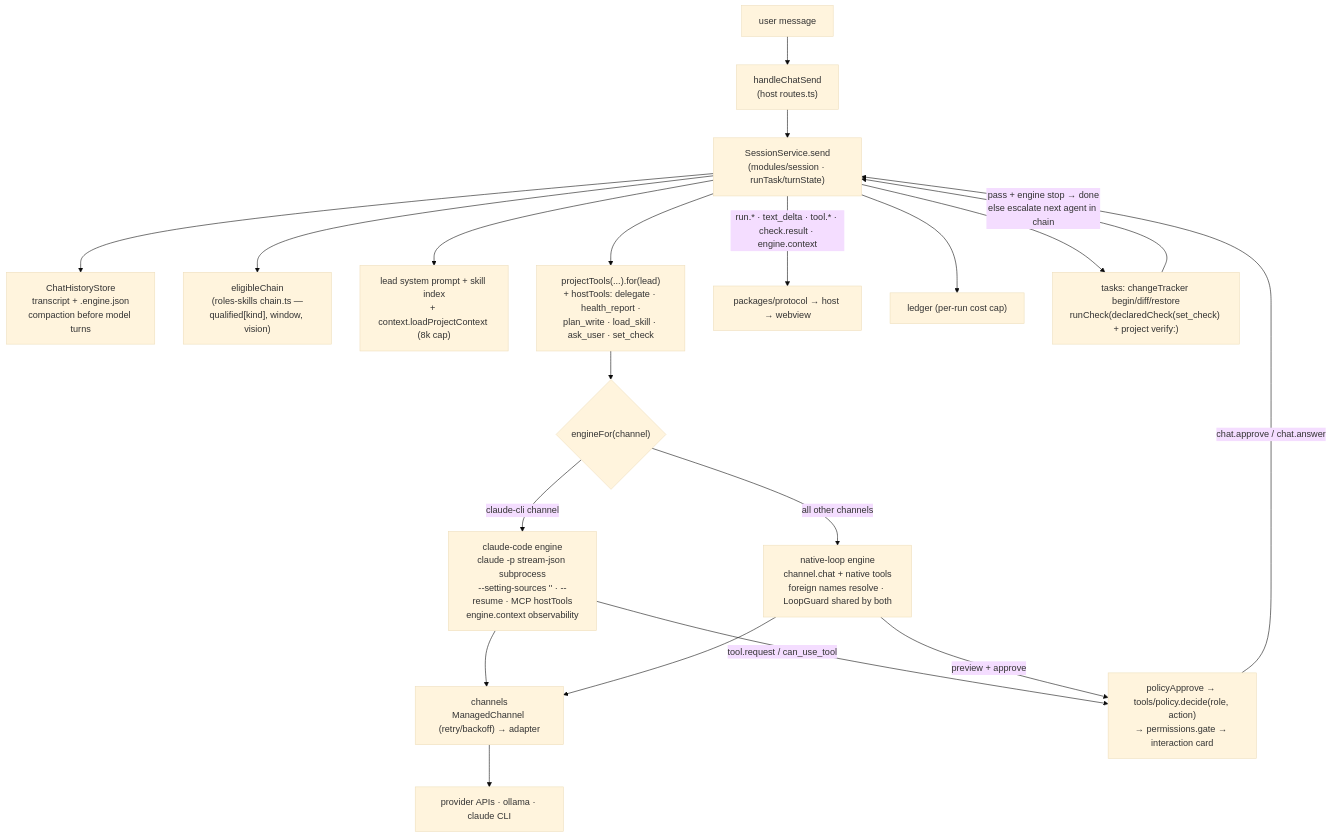
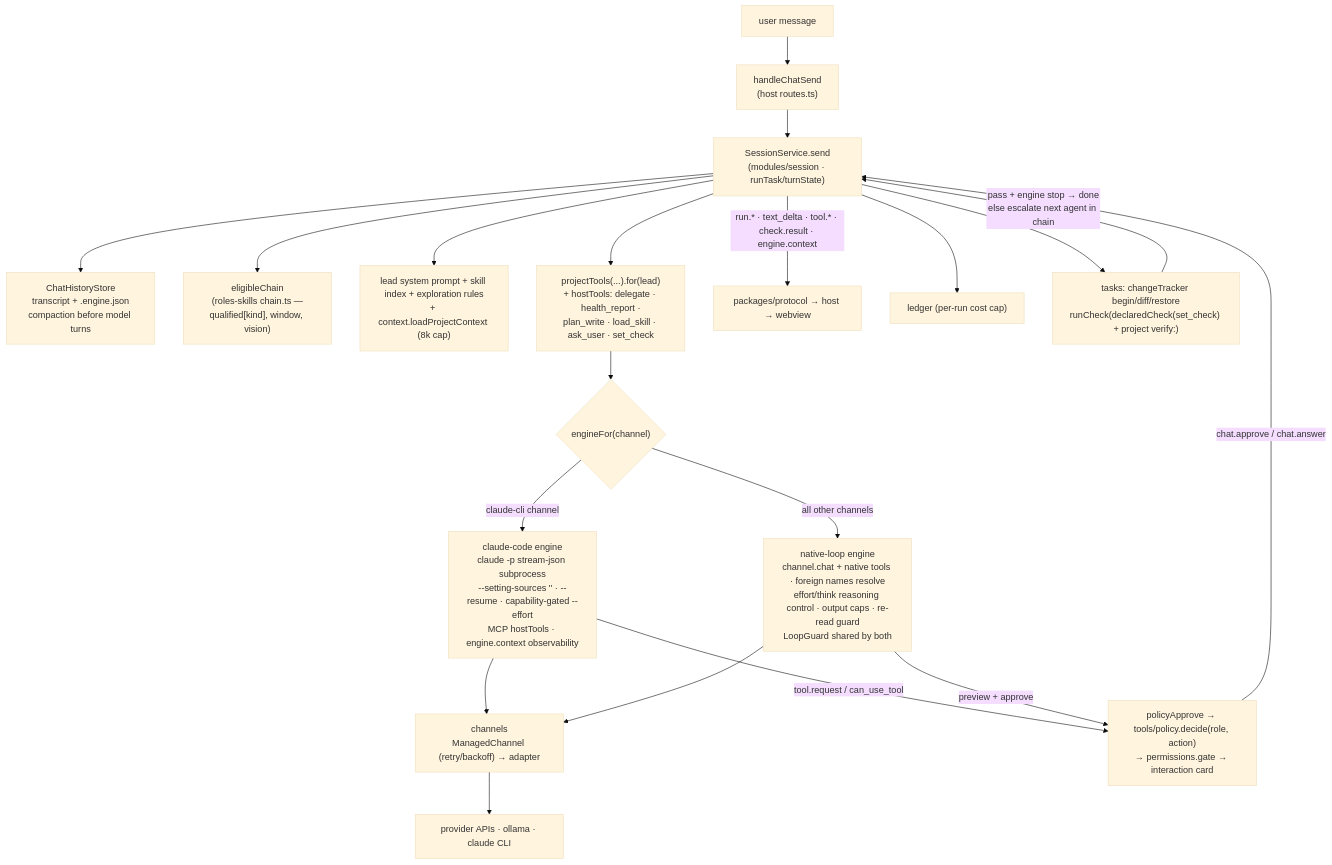
Before and after one commit to GDBryant/Stewart: the third of 4 diagrams in docs/ARCHITECTURE_DIAGRAM.md, drawn with Mermaid (base theme). The commit also changed other lines of this file and 6 other files, not shown here.

````diff
--- a/docs/ARCHITECTURE_DIAGRAM.md
+++ b/docs/ARCHITECTURE_DIAGRAM.md
@@ -60,23 +60,23 @@
 ```mermaid
 flowchart TD
     U["user message"] --> HS["handleChatSend<br/>(host routes.ts)"]
     HS --> SS["SessionService.send<br/>(modules/session · runTask/turnState)"]
     SS --> HIST["ChatHistoryStore<br/>transcript + <id>.engine.json<br/>compaction before model turns"]
     SS --> CHAIN["eligibleChain<br/>(roles-skills chain.ts —<br/>qualified[kind], window, vision)"]
-    SS --> PROMPT["lead system prompt + skill index<br/>+ context.loadProjectContext (8k cap)"]
+    SS --> PROMPT["lead system prompt + skill index + exploration rules<br/>+ context.loadProjectContext (8k cap)"]
     SS --> TOOLS["projectTools(...).for(lead)<br/>+ hostTools: delegate · health_report ·<br/>plan_write · load_skill · ask_user · set_check"]
     TOOLS --> ENG{"engineFor(channel)"}
-    ENG -->|"claude-cli channel"| CC["claude-code engine<br/>claude -p stream-json subprocess<br/>--setting-sources '' · --resume · MCP hostTools<br/>engine.context observability"]
-    ENG -->|"all other channels"| NL["native-loop engine<br/>channel.chat + native tools<br/>foreign names resolve · LoopGuard shared by both"]
+    ENG -->|"claude-cli channel"| CC["claude-code engine<br/>claude -p stream-json subprocess<br/>--setting-sources '' · --resume · capability-gated --effort<br/>MCP hostTools · engine.context observability"]
+    ENG -->|"all other channels"| NL["native-loop engine<br/>channel.chat + native tools · foreign names resolve<br/>effort/think reasoning control · output caps · re-read guard<br/>LoopGuard shared by both"]
     CC --> CH["channels<br/>ManagedChannel (retry/backoff) → adapter"]
     NL --> CH
     CH --> PR["provider APIs · ollama · claude CLI"]
 
     CC -- "tool.request / can_use_tool" --> PA["policyApprove → tools/policy.decide(role, action)<br/>→ permissions.gate → interaction card"]
     NL -- "preview + approve" --> PA
     PA -- "chat.approve / chat.answer" --> SS
     SS -- "run.* · text_delta · tool.* · check.result · engine.context" --> EV["packages/protocol → host → webview"]
     SS --> LED["ledger (per-run cost cap)"]
     SS --> TRK["tasks: changeTracker begin/diff/restore<br/>runCheck(declaredCheck(set_check) + project verify:)"]
     TRK -- "pass + engine stop → done<br/>else escalate next agent in chain" --> SS
 ```
````
